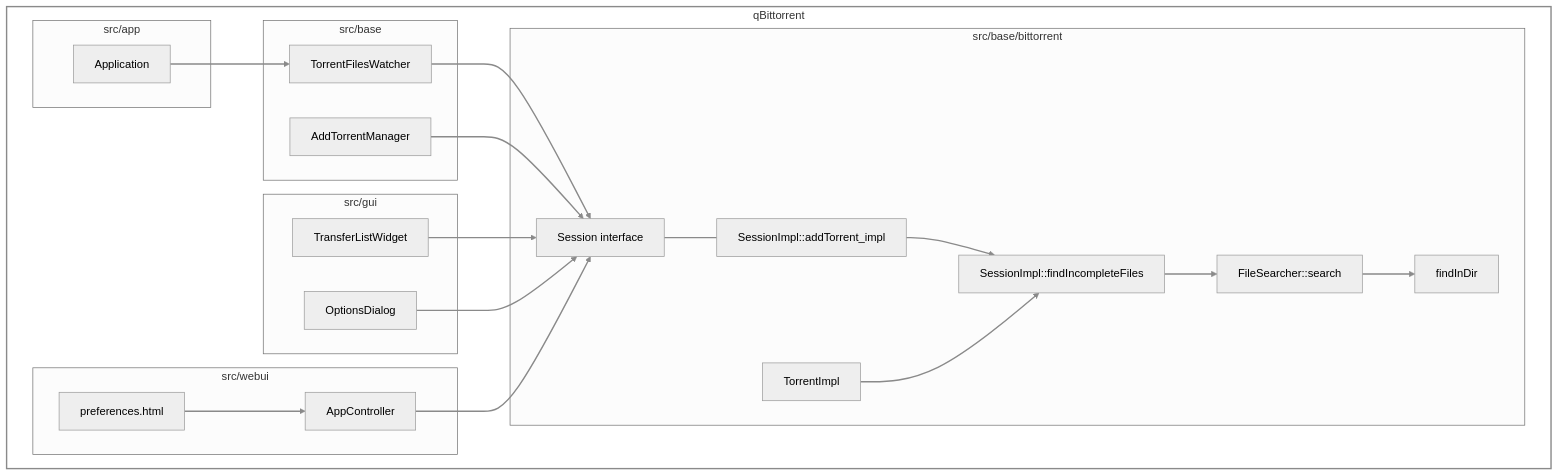
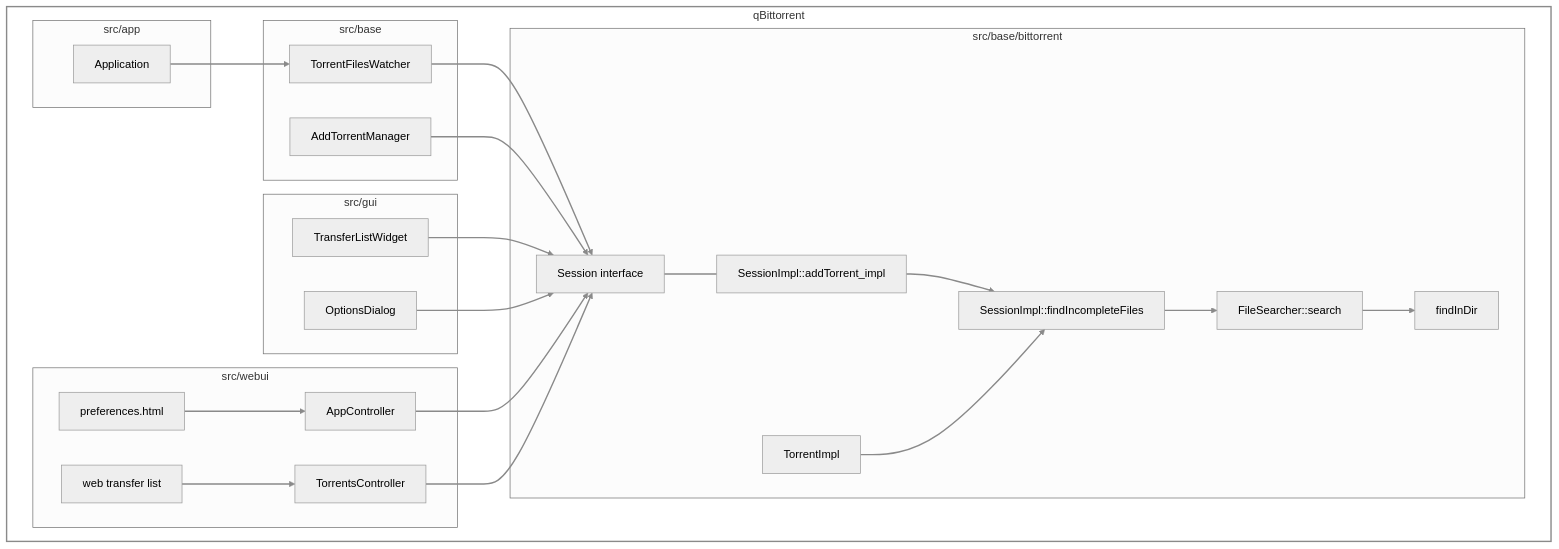
Before and after one commit to tsylvester/qBittorrent: the first of 4 diagrams in doc/en/find-location_system_architecture.md, drawn with Mermaid (neutral theme). The commit also changed other lines of this file and 8 other files, not shown here.

````diff
--- a/doc/en/find-location_system_architecture.md
+++ b/doc/en/find-location_system_architecture.md
@@ -28,44 +28,48 @@
 ```mermaid
 flowchart TD
     subgraph repo["qBittorrent"]
         subgraph app["src/app"]
             APP["Application"]
         end
         subgraph gui["src/gui"]
             TLW["TransferListWidget"]
             OD["OptionsDialog"]
         end
         subgraph web["src/webui"]
             AC["AppController"]
+            TC["TorrentsController"]
             PH["preferences.html"]
+            WTL["web transfer list"]
         end
         subgraph base["src/base"]
             TFW["TorrentFilesWatcher"]
             ATM["AddTorrentManager"]
         end
         subgraph bt["src/base/bittorrent"]
             SESS["Session interface"]
             SI["SessionImpl::addTorrent_impl"]
             FIF["SessionImpl::findIncompleteFiles"]
             TI["TorrentImpl"]
             FS["FileSearcher::search"]
             FID["findInDir"]
         end
     end
 
     APP --> TFW
     TFW --> SESS
     ATM --> SESS
     SESS --- SI
     TLW --> SESS
     OD --> SESS
     AC --> SESS
+    TC --> SESS
     PH --> AC
+    WTL --> TC
     SI --> FIF
     TI --> FIF
     FIF --> FS
     FS --> FID
 
     linkStyle default stroke:#8a8a8a,stroke-width:2px
     style repo fill:none,stroke:#8a8a8a,stroke-width:2px
 ```
````
